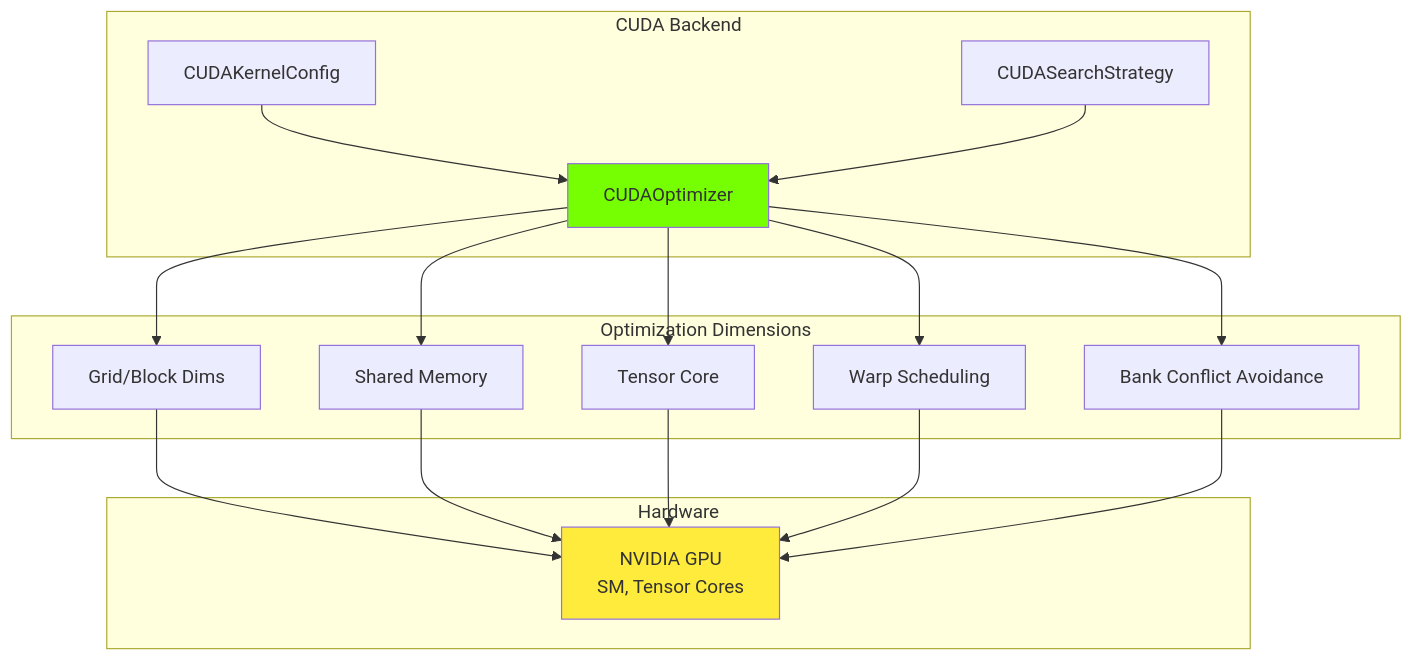
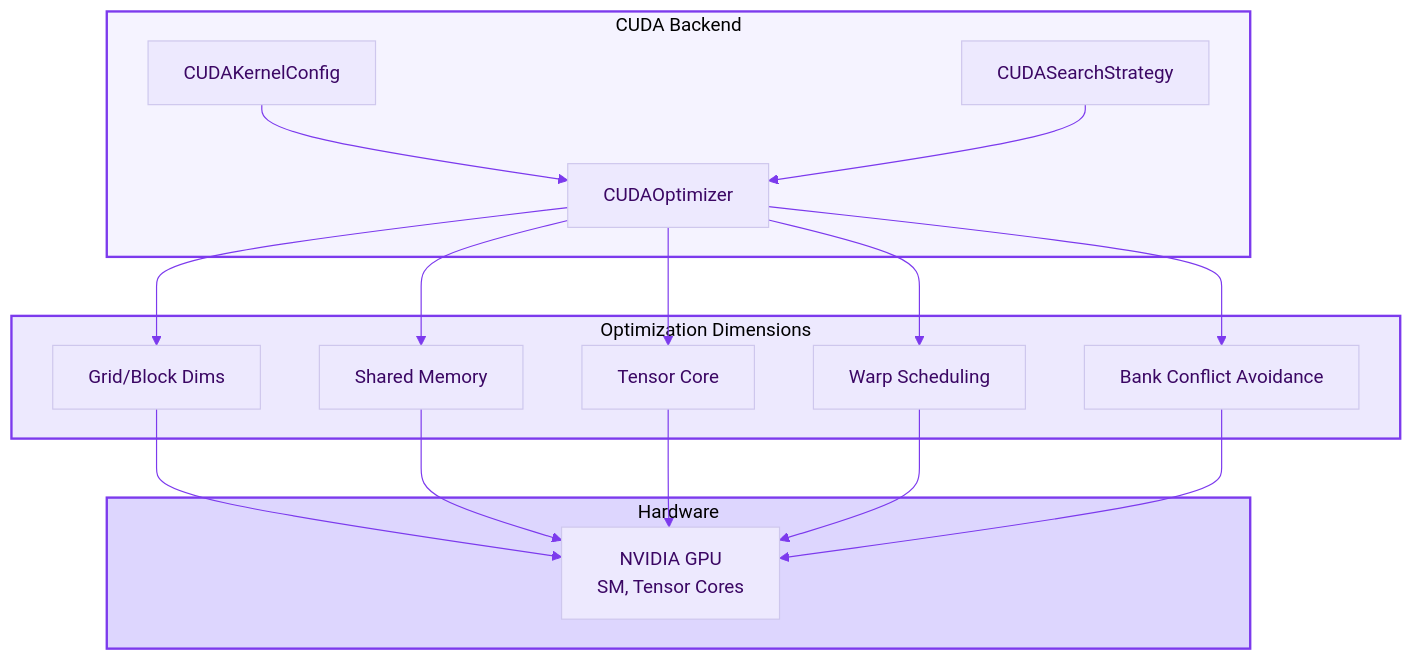
One commit to chenxingqiang/YiRage changed the sixth of 13 diagrams in docs/architecture.md. Above: the diagram before and after it, drawn with Mermaid. The commit also changed other lines of this file and 9 other files, not shown here.

First line of the commit message:
style: unify Mermaid diagrams to minimal purple theme

````diff
--- a/docs/architecture.md
+++ b/docs/architecture.md
@@ -170,28 +180,30 @@
 ```mermaid
+%%{init: {'theme': 'base', 'themeVariables': { 'primaryColor': '#ede9fe', 'primaryTextColor': '#3b0764', 'lineColor': '#7c3aed'}}}%%
 graph TB
-    subgraph "CUDA Backend"
+    subgraph CUDA["CUDA Backend"]
         A[CUDAOptimizer]
         B[CUDAKernelConfig]
         C[CUDASearchStrategy]
     end
 
-    subgraph "Optimization Dimensions"
+    subgraph OPT["Optimization Dimensions"]
         D[Grid/Block Dims]
         E[Shared Memory]
         F[Tensor Core]
         G[Warp Scheduling]
         H[Bank Conflict Avoidance]
     end
 
-    subgraph "Hardware"
+    subgraph HW["Hardware"]
         I[NVIDIA GPU<br/>SM, Tensor Cores]
     end
 
     A --> D & E & F & G & H
     B --> A
     C --> A
     D & E & F & G & H --> I
 
-    style A fill:#76ff03
-    style I fill:#ffeb3b
+    style CUDA fill:#f5f3ff,stroke:#7c3aed,stroke-width:2px
+    style OPT fill:#ede9fe,stroke:#7c3aed,stroke-width:2px
+    style HW fill:#ddd6fe,stroke:#7c3aed,stroke-width:2px
 ```
````
